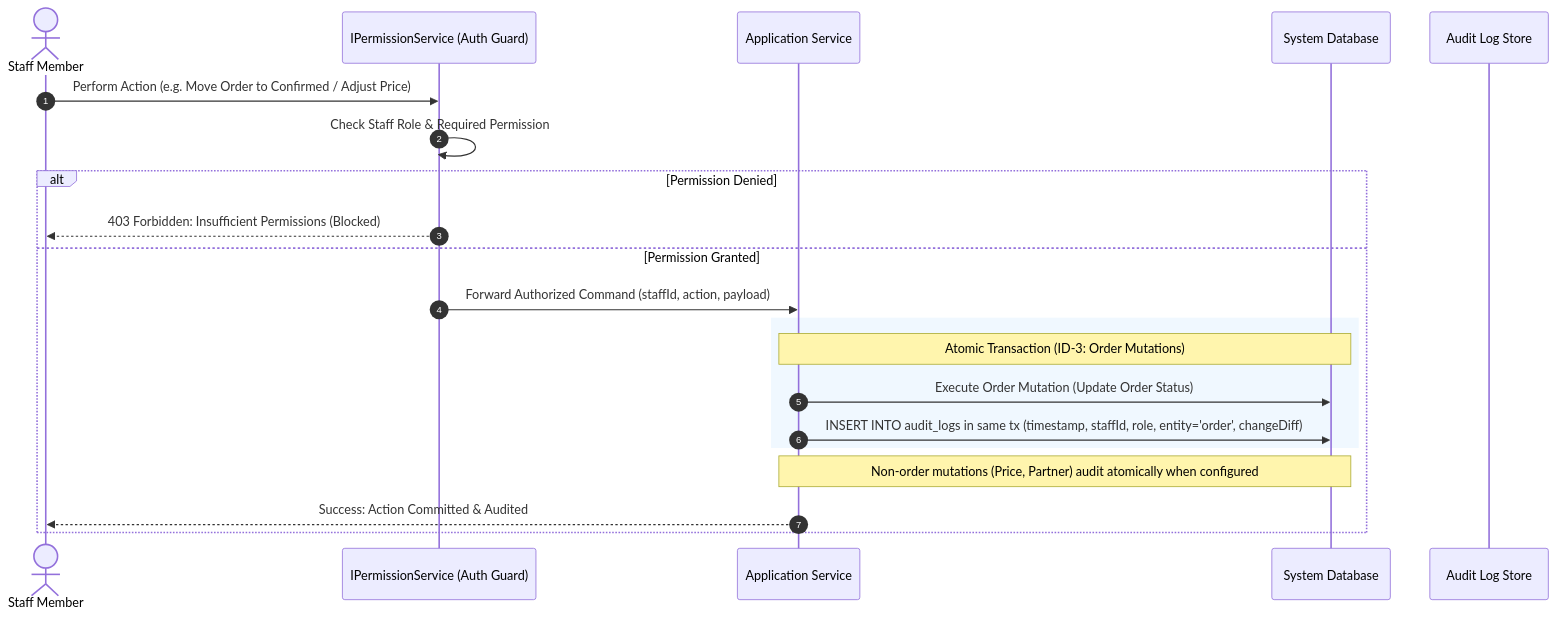
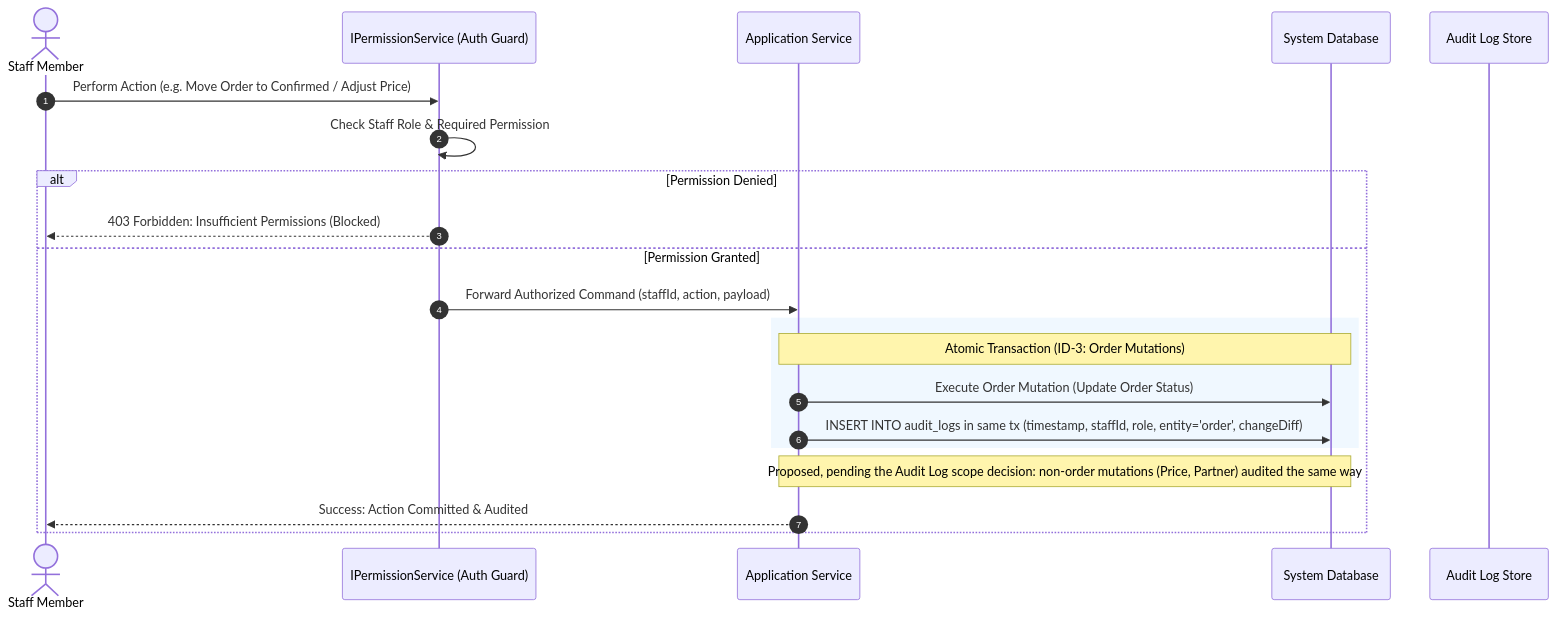
The second of 2 diagrams in docs/business/identity-and-administration.md (3mrhussein/findeg), drawn with Mermaid before and after one commit. The commit also changed 3 other files, not shown here.

First line of the commit message:
docs(business): mark proposed audit scope and align report and catalog rules

````diff
--- a/docs/business/identity-and-administration.md
+++ b/docs/business/identity-and-administration.md
@@ -131,24 +131,24 @@
 ```mermaid
 sequenceDiagram
     autonumber
     actor Staff as Staff Member
     participant Guard as IPermissionService (Auth Guard)
     participant Core as Application Service
     participant DB as System Database
     participant Audit as Audit Log Store
 
     Staff->>Guard: Perform Action (e.g. Move Order to Confirmed / Adjust Price)
     Guard->>Guard: Check Staff Role & Required Permission
     alt Permission Denied
         Guard-->>Staff: 403 Forbidden: Insufficient Permissions (Blocked)
     else Permission Granted
         Guard->>Core: Forward Authorized Command (staffId, action, payload)
         rect rgb(240, 248, 255)
         note over Core,DB: Atomic Transaction (ID-3: Order Mutations)
         Core->>DB: Execute Order Mutation (Update Order Status)
         Core->>DB: INSERT INTO audit_logs in same tx (timestamp, staffId, role, entity='order', changeDiff)
         end
-        note over Core,DB: Non-order mutations (Price, Partner) audit atomically when configured
+        note over Core,DB: Proposed, pending the Audit Log scope decision: non-order mutations (Price, Partner) audited the same way
         Core-->>Staff: Success: Action Committed & Audited
     end
 ```
````
